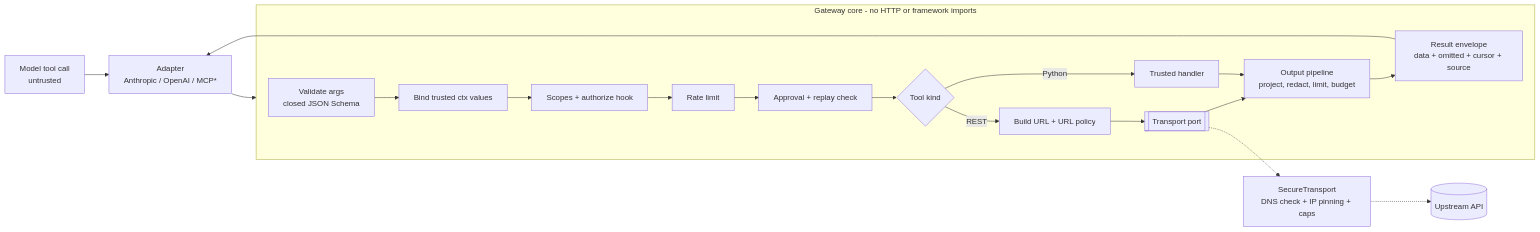
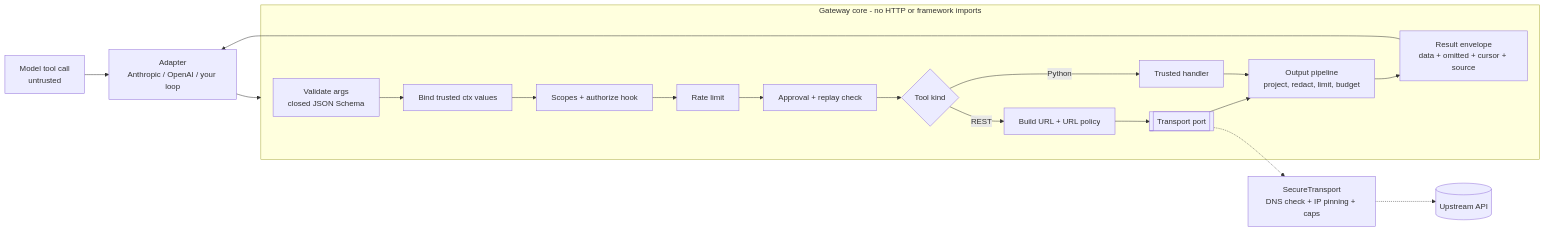
The second of 2 diagrams in README.md (SaeedNoshadi89/toolbound), drawn with Mermaid before and after one commit. The commit also changed other lines of this file and 71 other files, not shown here.

````diff
--- a/README.md
+++ b/README.md
@@ -417,21 +424,21 @@
 ```mermaid
 flowchart LR
-    M[Model tool call<br/>untrusted] --> A[Adapter<br/>Anthropic / OpenAI / MCP*]
+    M[Model tool call<br/>untrusted] --> A[Adapter<br/>Anthropic / OpenAI / your loop]
     A --> G
     subgraph G[Gateway core - no HTTP or framework imports]
       V[Validate args<br/>closed JSON Schema] --> B[Bind trusted ctx values]
       B --> P[Scopes + authorize hook]
       P --> R[Rate limit]
       R --> H[Approval + replay check]
       H --> X{Tool kind}
       X -->|REST| N[Build URL + URL policy]
       X -->|Python| F[Trusted handler]
       N --> T[[Transport port]]
       T --> O[Output pipeline<br/>project, redact, limit, budget]
       F --> O
       O --> E[Result envelope<br/>data + omitted + cursor + source]
     end
     T -.-> S[SecureTransport<br/>DNS check + IP pinning + caps]
     S -.-> U[(Upstream API)]
     E --> A
 ```
````
